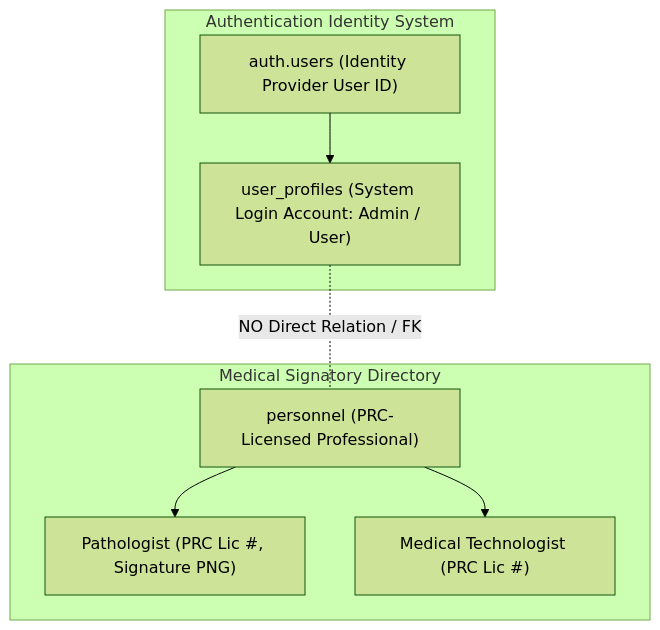
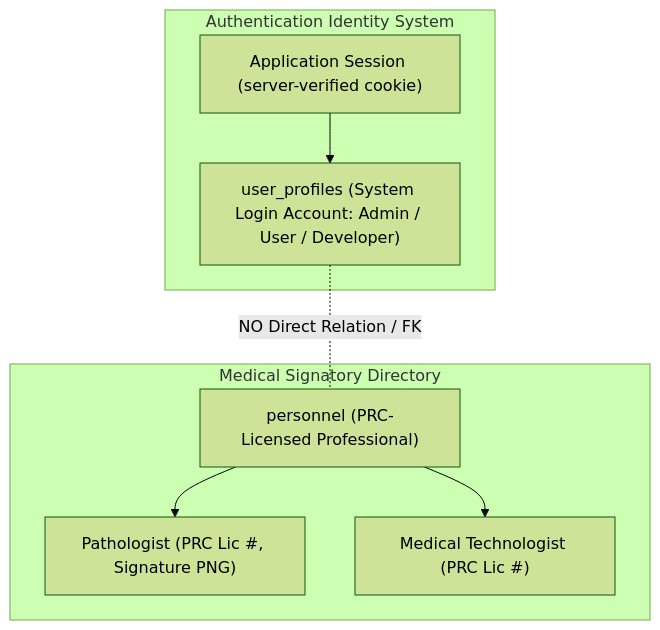
The fourth of 4 diagrams in architecture/SECURITY_MODEL.md (nicolaseugenio2022-cyber/St-rose-laboratory-result-management-system), drawn with Mermaid (forest theme) before and after one commit. The commit also changed other lines of this file and 4 other files, not shown here.

First line of the commit message:
docs: reconcile authority for application-owned auth and server-only data access

````diff
--- a/architecture/SECURITY_MODEL.md
+++ b/architecture/SECURITY_MODEL.md
@@ -189,18 +216,18 @@
 ```mermaid
 graph TD
     subgraph "Authentication Identity System"
-        AuthUser["auth.users (Identity Provider User ID)"]
-        UserProfile["user_profiles (System Login Account: Admin / User)"]
+        AuthUser["Application Session (server-verified cookie)"]
+        UserProfile["user_profiles (System Login Account: Admin / User / Developer)"]
         AuthUser --> UserProfile
     end
 
     subgraph "Medical Signatory Directory"
         Personnel["personnel (PRC-Licensed Professional)"]
         Pathologist["Pathologist (PRC Lic #, Signature PNG)"]
         MedTech["Medical Technologist (PRC Lic #)"]
         Personnel --> Pathologist
         Personnel --> MedTech
     end
 
     UserProfile -. "NO Direct Relation / FK" .- Personnel
 ```
````
